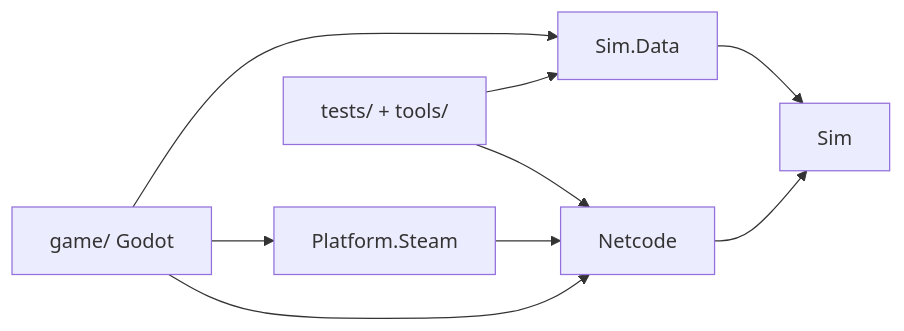
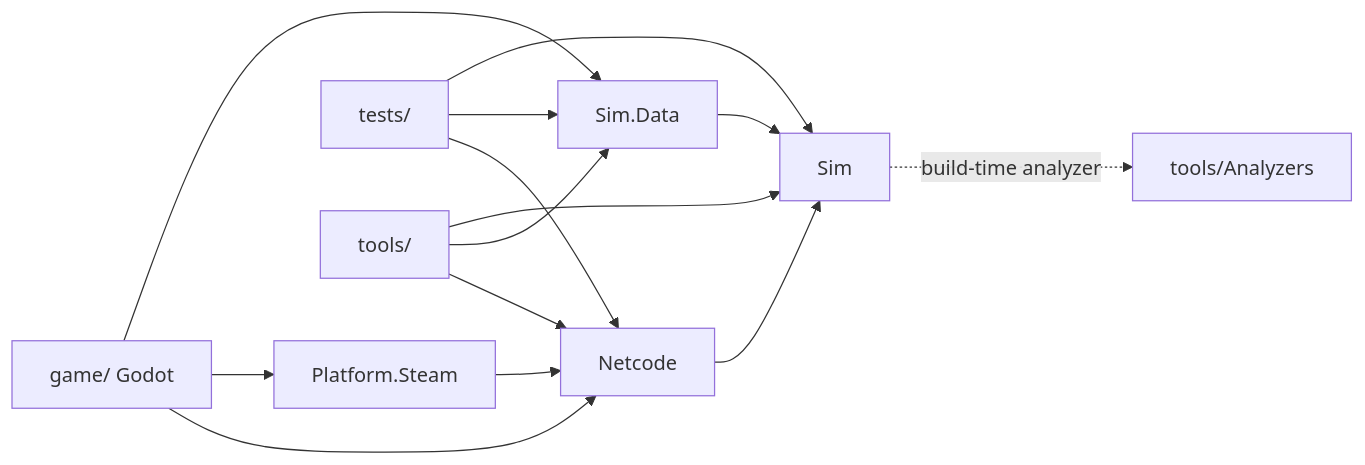
The first of 2 diagrams in ARCHITECTURE.md (ChainShiftGames/fighting-game), drawn with Mermaid before and after one commit. The commit also changed other lines of this file and 12 other files, not shown here.

````diff
--- a/ARCHITECTURE.md
+++ b/ARCHITECTURE.md
@@ -28,11 +28,16 @@
 ```mermaid
 graph LR
   Game[game/ Godot] --> Netcode
   Game --> Platform[Platform.Steam]
   Platform --> Netcode
   Netcode --> Sim
   Game --> SimData[Sim.Data]
   SimData --> Sim
-  Tests[tests/ + tools/] --> Netcode
+  Tests[tests/] --> Netcode
   Tests --> SimData
+  Tests --> Sim
+  Tools[tools/] --> Netcode
+  Tools --> SimData
+  Tools --> Sim
+  Sim -. build-time analyzer .-> Analyzers[tools/Analyzers]
 ```
````
